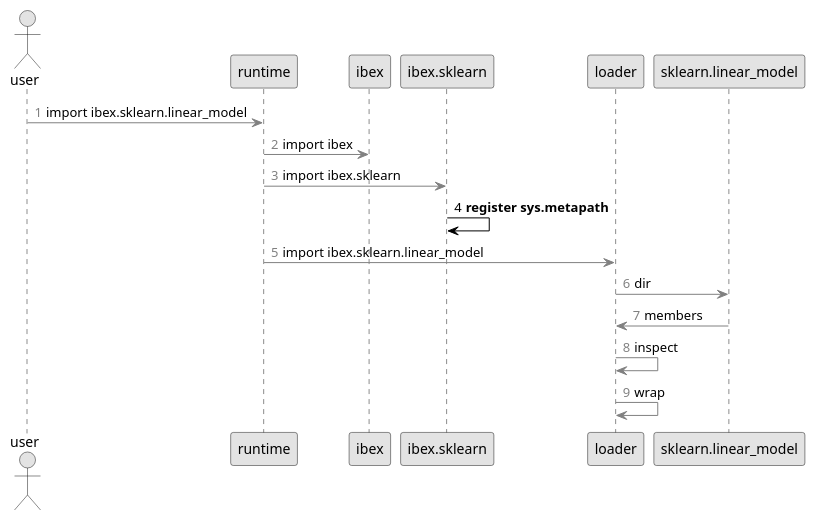
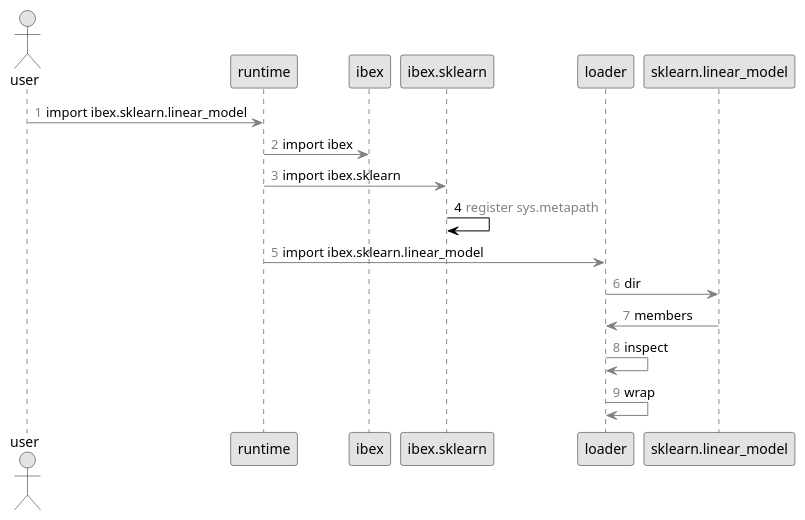
The diagram in ibex_pres/import_seq_four.plantuml (atavory/atavory.github.io), drawn with PlantUML before and after one commit. The commit also changed 19 other files, not shown here.

```diff
--- a/ibex_pres/import_seq_four.plantuml
+++ b/ibex_pres/import_seq_four.plantuml
@@ -1,21 +1,21 @@
 @startuml
 
 skinparam monochrome true
 skinparam shadowing false
 
 actor user
 
 autonumber 1 "<font color=grey>"
 user -[#grey]> runtime: import ibex.sklearn.linear_model
 runtime -[#grey]> ibex: import ibex
 runtime -[#grey]> ibex.sklearn: import ibex.sklearn
 autonumber 4 "<font color=black>"
-ibex.sklearn -[#black]> ibex.sklearn: **register sys.metapath**
+ibex.sklearn -[#black]> ibex.sklearn: <color grey>register sys.metapath</color>
 autonumber 5 "<font color=grey>"
 runtime -[#grey]> loader: import ibex.sklearn.linear_model
 loader -[#grey]> sklearn.linear_model: dir
 sklearn.linear_model -[#grey]> loader: members
 loader -[#grey]> loader: inspect
 loader -[#grey]> loader: wrap
 
 @enduml
```
